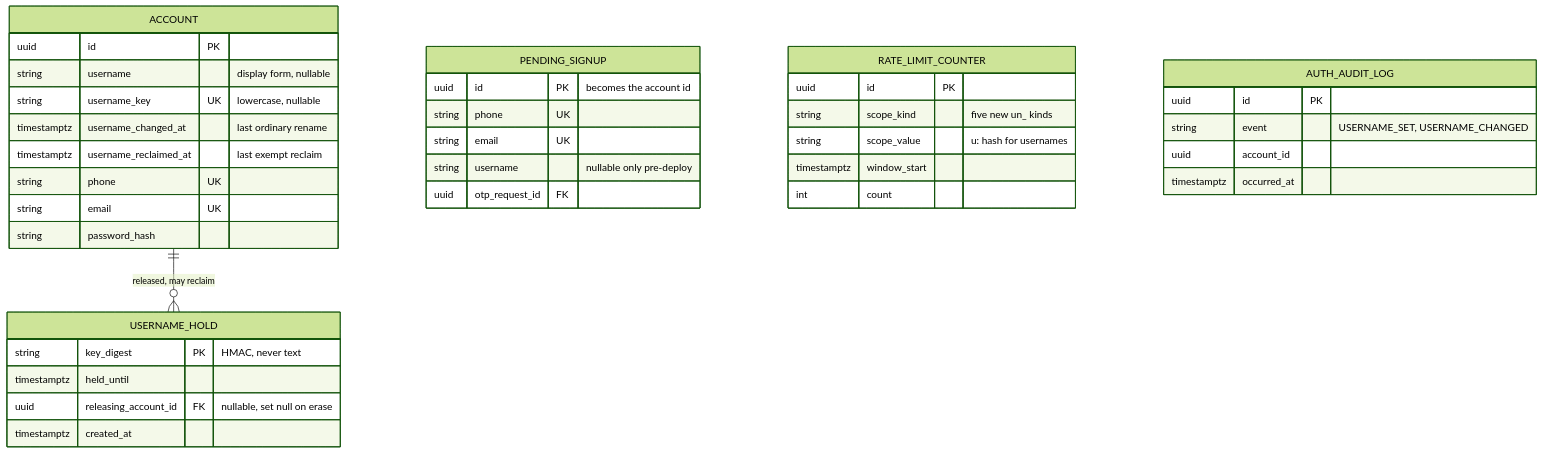
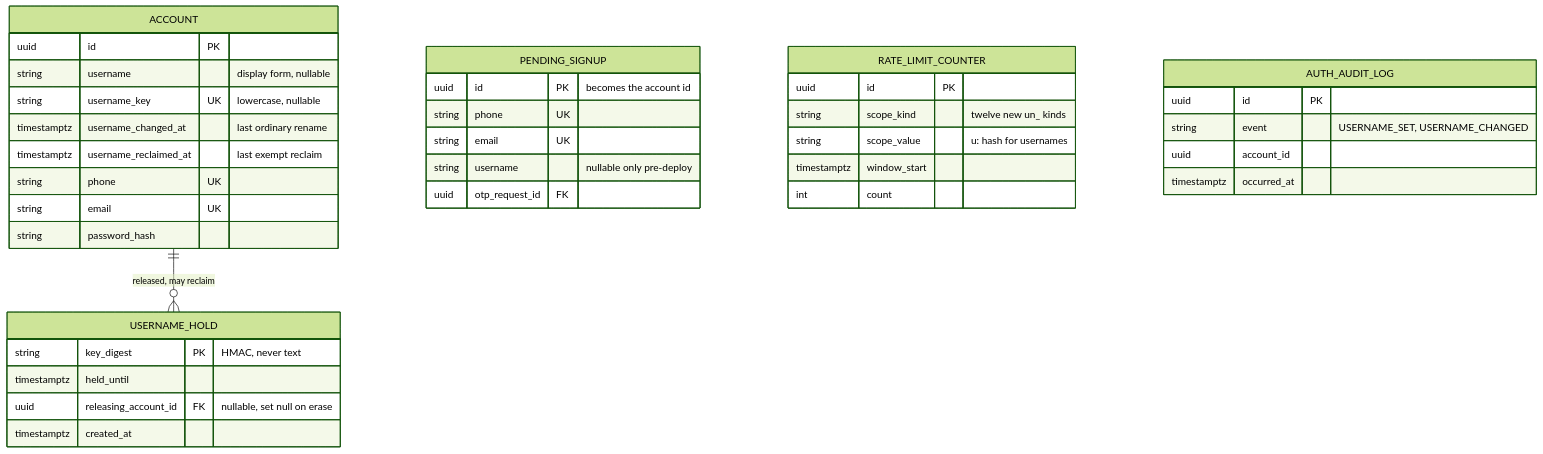
The third of 3 diagrams in aidlc/spaces/default/intents/261113-unique-usernames/construction/usernames-backend/functional-design/functional-spec.md (arshomashohag/shikkhok-plus), drawn with Mermaid (forest theme) before and after one commit. The commit also changed other lines of this file and 13 other files, not shown here.

````diff
--- a/aidlc/spaces/default/intents/261113-unique-usernames/construction/usernames-backend/functional-design/functional-spec.md
+++ b/aidlc/spaces/default/intents/261113-unique-usernames/construction/usernames-backend/functional-design/functional-spec.md
@@ -371,40 +388,40 @@
 ```mermaid
 erDiagram
     ACCOUNT ||--o{ USERNAME_HOLD : "released, may reclaim"
     ACCOUNT {
         uuid id PK
         string username "display form, nullable"
         string username_key UK "lowercase, nullable"
         timestamptz username_changed_at "last ordinary rename"
         timestamptz username_reclaimed_at "last exempt reclaim"
         string phone UK
         string email UK
         string password_hash
     }
     USERNAME_HOLD {
         string key_digest PK "HMAC, never text"
         timestamptz held_until
         uuid releasing_account_id FK "nullable, set null on erase"
         timestamptz created_at
     }
     PENDING_SIGNUP {
         uuid id PK "becomes the account id"
         string phone UK
         string email UK
         string username "nullable only pre-deploy"
         uuid otp_request_id FK
     }
     RATE_LIMIT_COUNTER {
         uuid id PK
-        string scope_kind "five new un_ kinds"
+        string scope_kind "twelve new un_ kinds"
         string scope_value "u: hash for usernames"
         timestamptz window_start
         int count
     }
     AUTH_AUDIT_LOG {
         uuid id PK
         string event "USERNAME_SET, USERNAME_CHANGED"
         uuid account_id
         timestamptz occurred_at
     }
 ```
````
